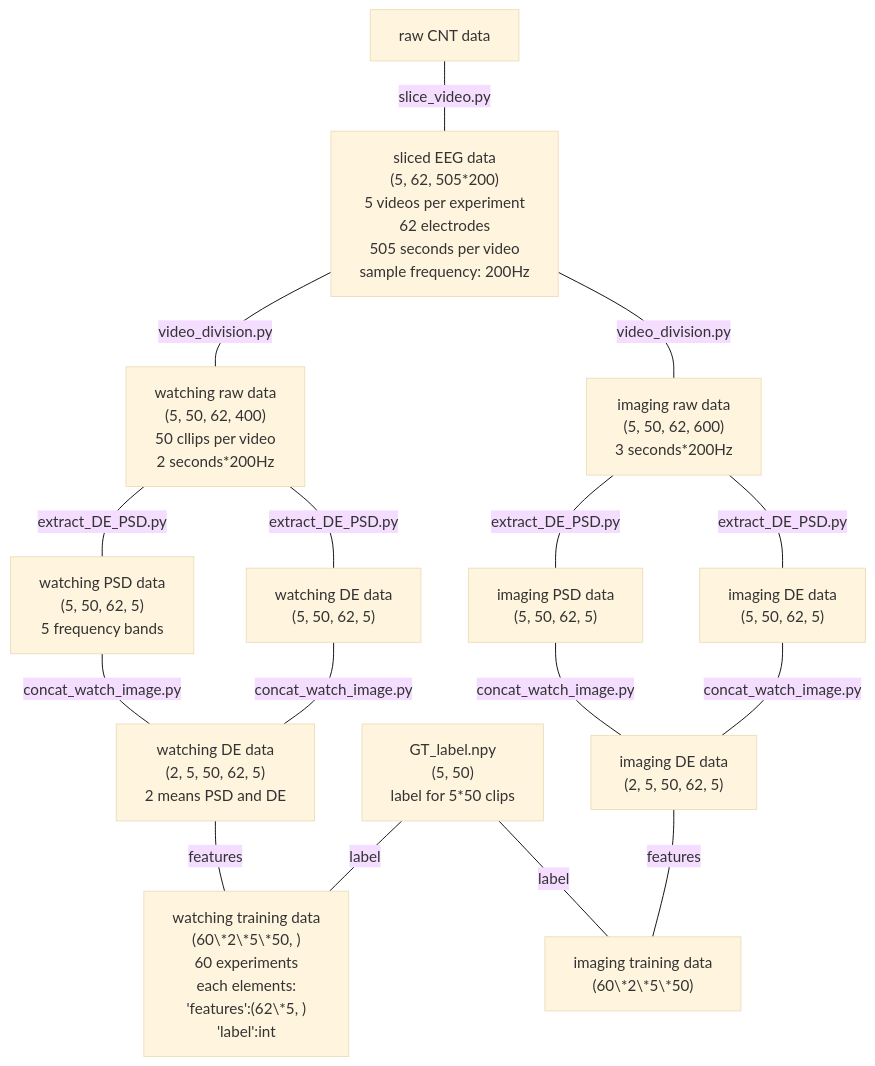
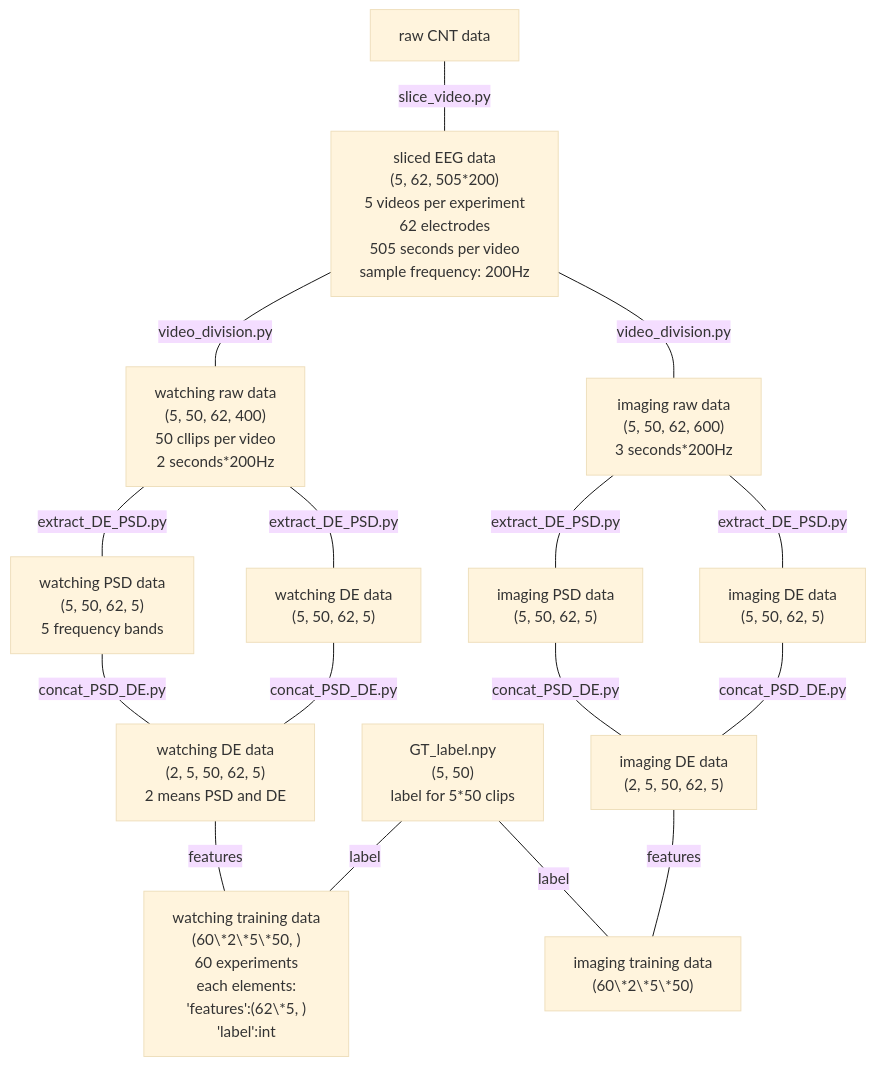
One commit to freesky3/EEG2Video_restruct changed the diagram in EEG_preprocessing/README.md. Above: the diagram before and after it, drawn with Mermaid (base theme). The commit also changed 9 other files, not shown here.

````diff
--- a/EEG_preprocessing/README.md
+++ b/EEG_preprocessing/README.md
@@ -1,32 +1,32 @@
 ```mermaid
 graph TD
 	A["raw CNT data"]
 	B["sliced EEG data<br>(5, 62, 505*200)"<br>5 videos per experiment<br>62 electrodes<br> 505 seconds per video<br>sample frequency: 200Hz]
 	C["watching raw data<br>(5, 50, 62, 400)<br>50 cllips per video<br>2 seconds*200Hz"]
 	D["imaging raw data<br>(5, 50, 62, 600)<br>3 seconds*200Hz"]
 	E["watching PSD data<br>(5, 50, 62, 5)<br>5 frequency bands"]
 	F["watching DE data<br>(5, 50, 62, 5)"]
 	G["imaging PSD data<br>(5, 50, 62, 5)"]
 	H["imaging DE data<br>(5, 50, 62, 5)"]
 	I["watching DE data<br>(2, 5, 50, 62, 5)<br>2 means PSD and DE"]
 	K["GT_label.npy<br>(5, 50)<br>label for 5*50 clips"]
 	J["imaging DE data<br>(2, 5, 50, 62, 5)"]
 	L["watching training data<br>(60\*2\*5\*50, )<br>60 experiments<br>each elements:<br>'features':(62\*5, )<br>'label':int"]
 	M["imaging training data<br>(60\*2\*5\*50)"]
 	A---|slice_video.py|B
 	B---|video_division.py|C
 	B---|video_division.py|D
 	C---|extract_DE_PSD.py|E
 	C---|extract_DE_PSD.py|F
 	D---|extract_DE_PSD.py|G
 	D---|extract_DE_PSD.py|H
-	E---|concat_watch_image.py|I
-	F---|concat_watch_image.py|I
-	G---|concat_watch_image.py|J
-	H---|concat_watch_image.py|J
+	E---|concat_PSD_DE.py|I
+	F---|concat_PSD_DE.py|I
+	G---|concat_PSD_DE.py|J
+	H---|concat_PSD_DE.py|J
 	I---|features|L
 	J---|features|M
 	K---|label|L
 	K---|label|M
 	
 ```
````
